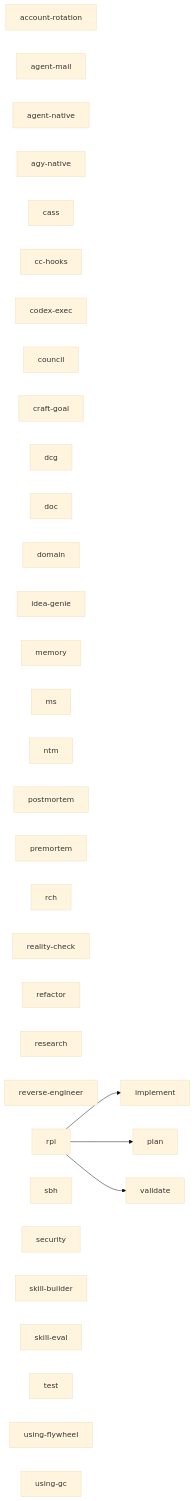
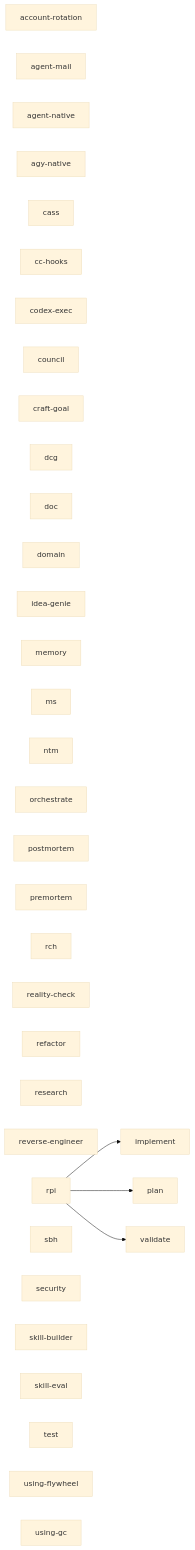
The diagram in docs/reference/agentops-skill-graph.md (boshu2/agentops), drawn with Mermaid (base theme) before and after one commit. The commit also changed 24 other files, not shown here.

````diff
--- a/docs/reference/agentops-skill-graph.md
+++ b/docs/reference/agentops-skill-graph.md
@@ -5,40 +5,41 @@
 ```mermaid
 graph LR
   account_rotation["account-rotation"]
   agent_mail["agent-mail"]
   agent_native["agent-native"]
   agy_native["agy-native"]
   cass["cass"]
   cc_hooks["cc-hooks"]
   codex_exec["codex-exec"]
   council["council"]
   craft_goal["craft-goal"]
   dcg["dcg"]
   doc["doc"]
   domain["domain"]
   idea_genie["idea-genie"]
   implement["implement"]
   memory["memory"]
   ms["ms"]
   ntm["ntm"]
+  orchestrate["orchestrate"]
   plan["plan"]
   postmortem["postmortem"]
   premortem["premortem"]
   rch["rch"]
   reality_check["reality-check"]
   refactor["refactor"]
   research["research"]
   reverse_engineer["reverse-engineer"]
   rpi["rpi"]
   sbh["sbh"]
   security["security"]
   skill_builder["skill-builder"]
   skill_eval["skill-eval"]
   test["test"]
   using_flywheel["using-flywheel"]
   using_gc["using-gc"]
   validate["validate"]
   rpi --> implement
   rpi --> plan
   rpi --> validate
 ```
````
